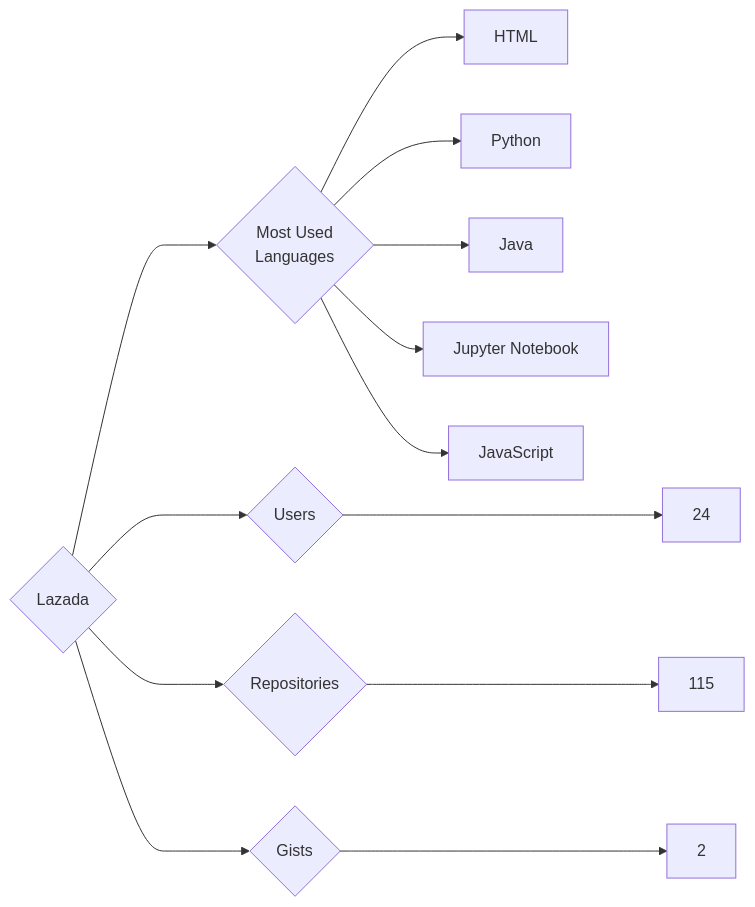
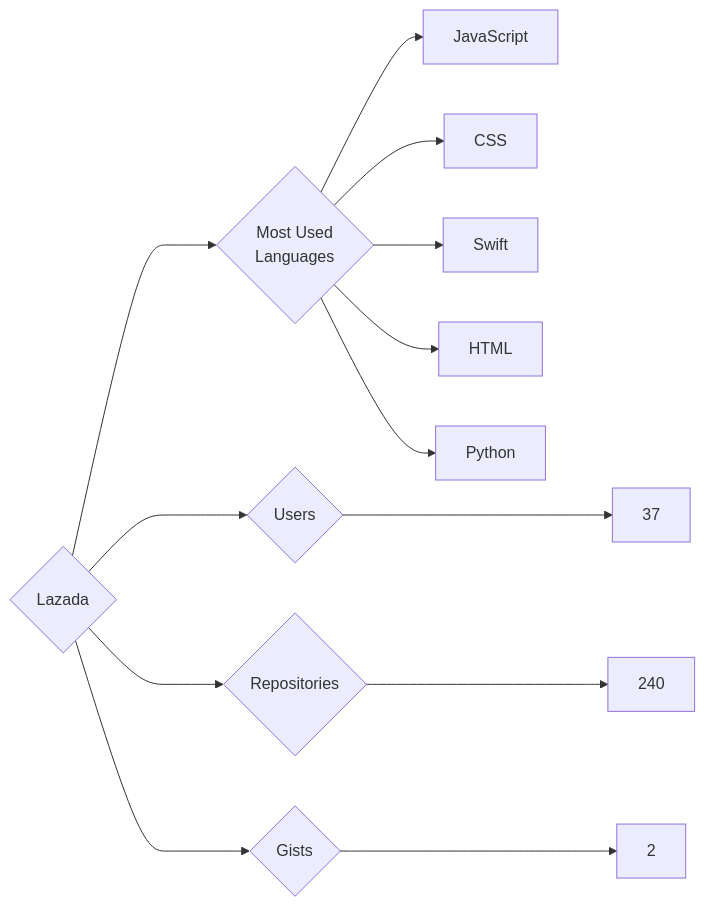
One commit to trickest/insiders changed the diagram in targets/Lazada/README.md. Above: the diagram before and after it, drawn with Mermaid. The commit also changed 749 other files, not shown here.

````diff
--- a/targets/Lazada/README.md
+++ b/targets/Lazada/README.md
@@ -3,13 +3,13 @@
 ```mermaid
 graph LR
 COMPANY_NAME{Lazada}
-COMPANY_NAME ---> U{Users} ---> UN[24]
-COMPANY_NAME ---> R{Repositories} ---> RN[115]
+COMPANY_NAME ---> U{Users} ---> UN[37]
+COMPANY_NAME ---> R{Repositories} ---> RN[240]
 COMPANY_NAME ---> G{Gists} ---> GN[2]
 COMPANY_NAME ---> ML{Most Used<br>Languages}
+ML --> JavaScript[JavaScript]
+ML --> CSS[CSS]
+ML --> Swift[Swift]
 ML --> HTML[HTML]
 ML --> Python[Python]
-ML --> Java[Java]
-ML --> Jupyter_Notebook[Jupyter Notebook]
-ML --> JavaScript[JavaScript]
 ```
````
